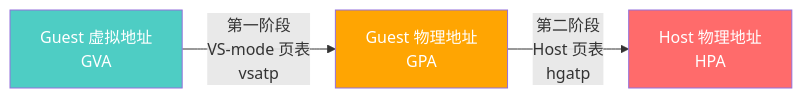
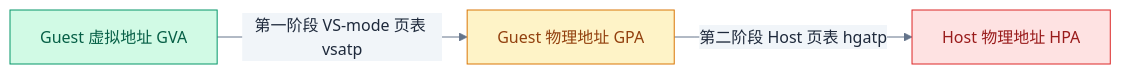
The fourth of 5 diagrams in riscv/03-privileged/memory-management.md (swjtuer326/cs-learning-notes), drawn with Mermaid before and after one commit. The commit also changed other lines of this file and 23 other files, not shown here.

````diff
--- a/riscv/03-privileged/memory-management.md
+++ b/riscv/03-privileged/memory-management.md
@@ -327,9 +473,10 @@
 ```mermaid
+%%{init: {"theme": "base", "themeVariables": {"primaryColor": "#f8fafc", "primaryTextColor": "#1e293b", "primaryBorderColor": "#475569", "lineColor": "#64748b", "secondaryColor": "#f1f5f9", "secondaryBorderColor": "#94a3b8", "tertiaryColor": "#f8fafc", "fontFamily": "\"trebuchet ms\", verdana, arial, sans-serif"}}}%%
 graph LR
-    GVA["Guest 虚拟地址<br/>GVA"] --> |"第一阶段<br/>VS-mode 页表<br/>vsatp"| GPA["Guest 物理地址<br/>GPA"]
-    GPA --> |"第二阶段<br/>Host 页表<br/>hgatp"| HPA["Host 物理地址<br/>HPA"]
+    GVA["Guest 虚拟地址 GVA"] -->|"第一阶段 VS-mode 页表 vsatp"| GPA["Guest 物理地址 GPA"]
+    GPA -->|"第二阶段 Host 页表 hgatp"| HPA["Host 物理地址 HPA"]
 
-    style GVA fill:#4ecdc4,color:#fff
-    style GPA fill:#ffa502,color:#fff
-    style HPA fill:#ff6b6b,color:#fff
+    style GVA fill:#d1fae5, stroke:#059669, color:#065f46
+    style GPA fill:#fef3c7, stroke:#d97706, color:#92400e
+    style HPA fill:#fee2e2, stroke:#dc2626, color:#991b1b
 ```
````
